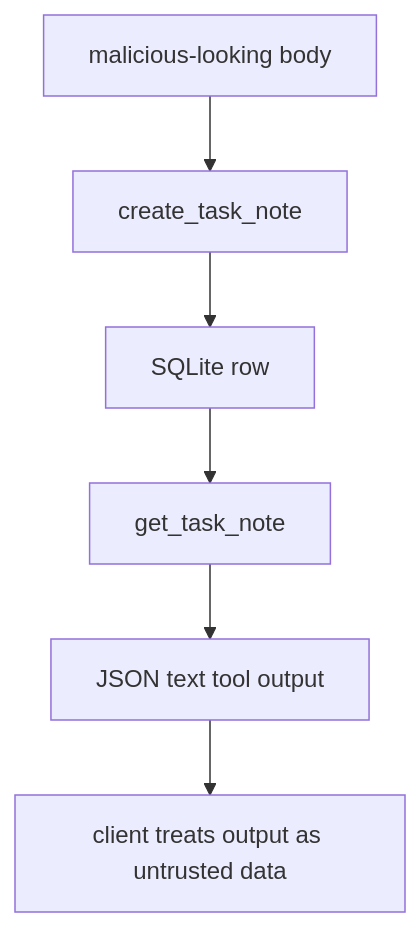
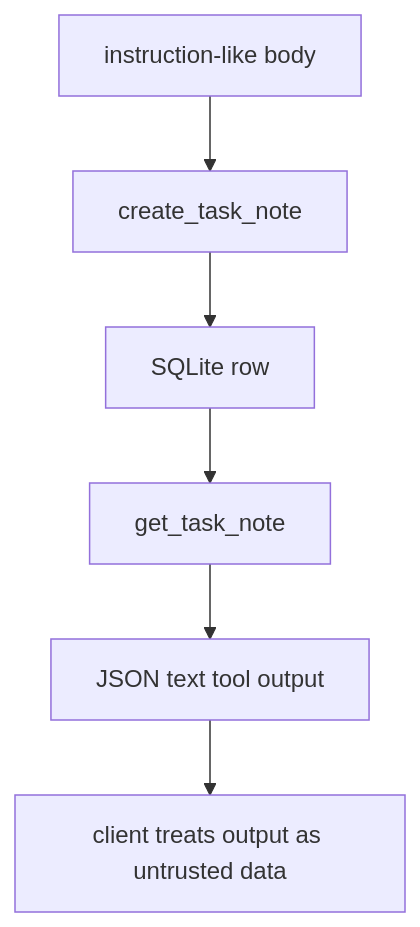
Before and after one commit to kenfdev/mcp-handson: the diagram in docs/session-step-15-untrusted-tool-output.md, drawn with Mermaid. The commit also changed other lines of this file and 1 other file, not shown here.

````diff
--- a/docs/session-step-15-untrusted-tool-output.md
+++ b/docs/session-step-15-untrusted-tool-output.md
@@ -20,8 +20,8 @@
 ```mermaid
 flowchart TD
-  A["malicious-looking body"] --> B["create_task_note"]
+  A["instruction-like body"] --> B["create_task_note"]
   B --> C["SQLite row"]
   C --> D["get_task_note"]
   D --> E["JSON text tool output"]
   E --> F["client treats output as untrusted data"]
 ```
````
